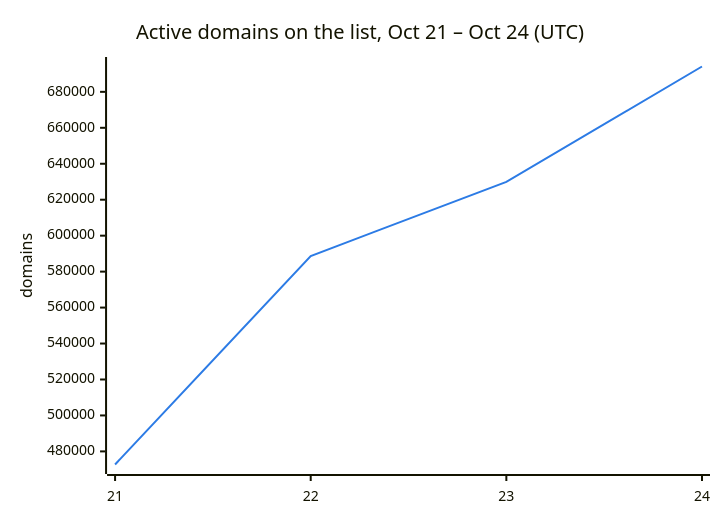
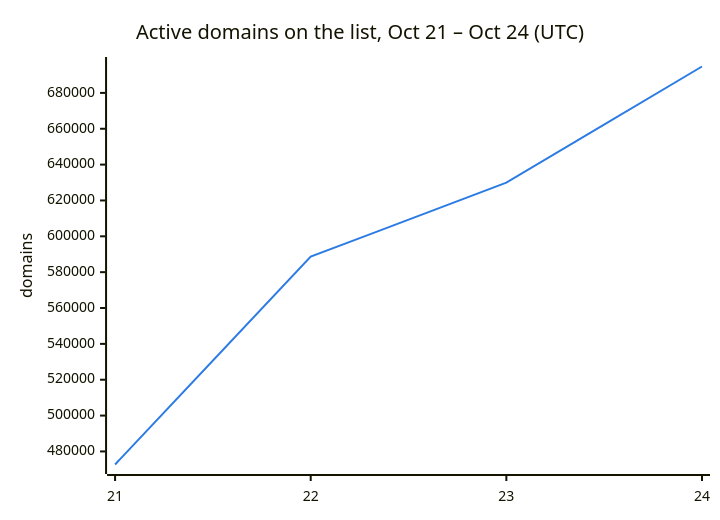
Before and after one commit to DNSBunker/CTI: the second of 3 diagrams in README.md, drawn with Mermaid. The commit also changed other lines of this file and 3 other files, not shown here.

````diff
--- a/README.md
+++ b/README.md
@@ -38,8 +38,8 @@
 ```mermaid
 %%{init: {"themeVariables": {"xyChart": {"plotColorPalette": "#2c7be5"}}}}%%
 xychart-beta
     title "Active domains on the list, Oct 21 – Oct 24 (UTC)"
     x-axis ["21", "22", "23", "24"]
     y-axis "domains"
-    line [472713, 588659, 629951, 694098]
+    line [472713, 588659, 629951, 694726]
 ```
````
